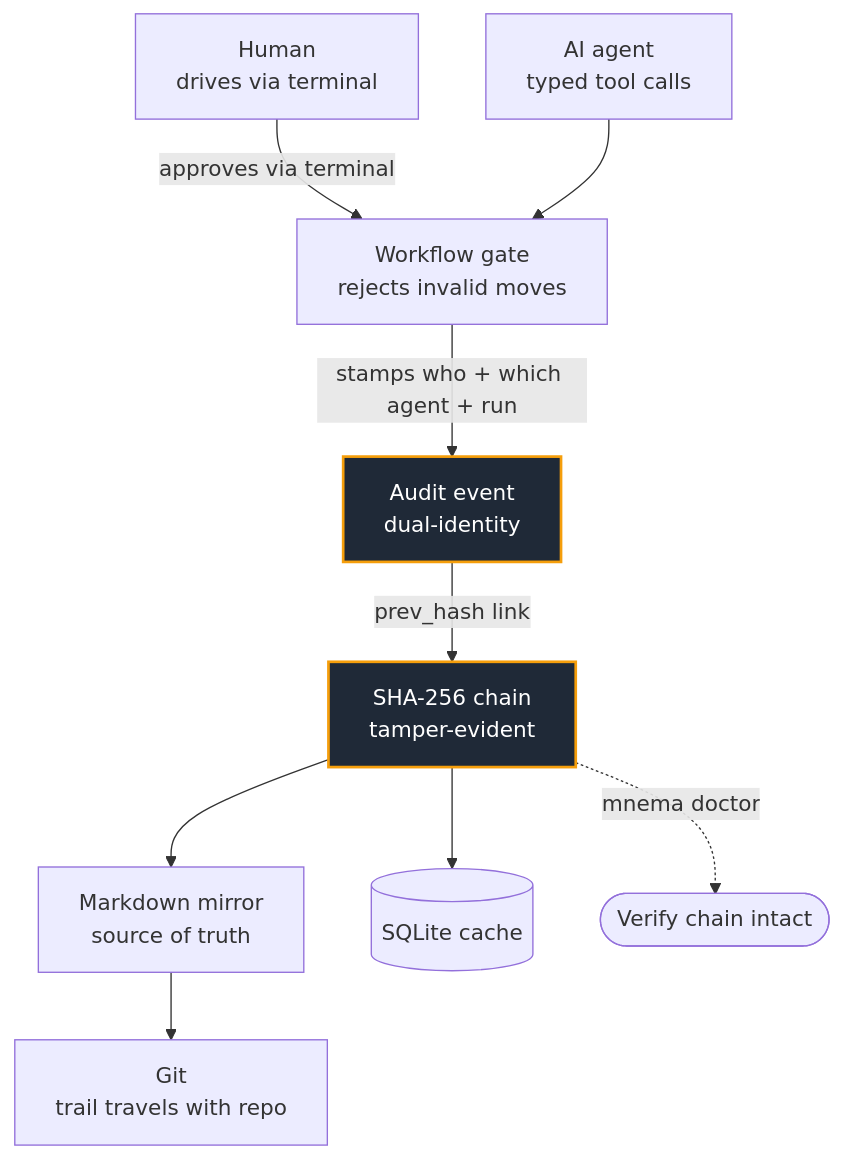
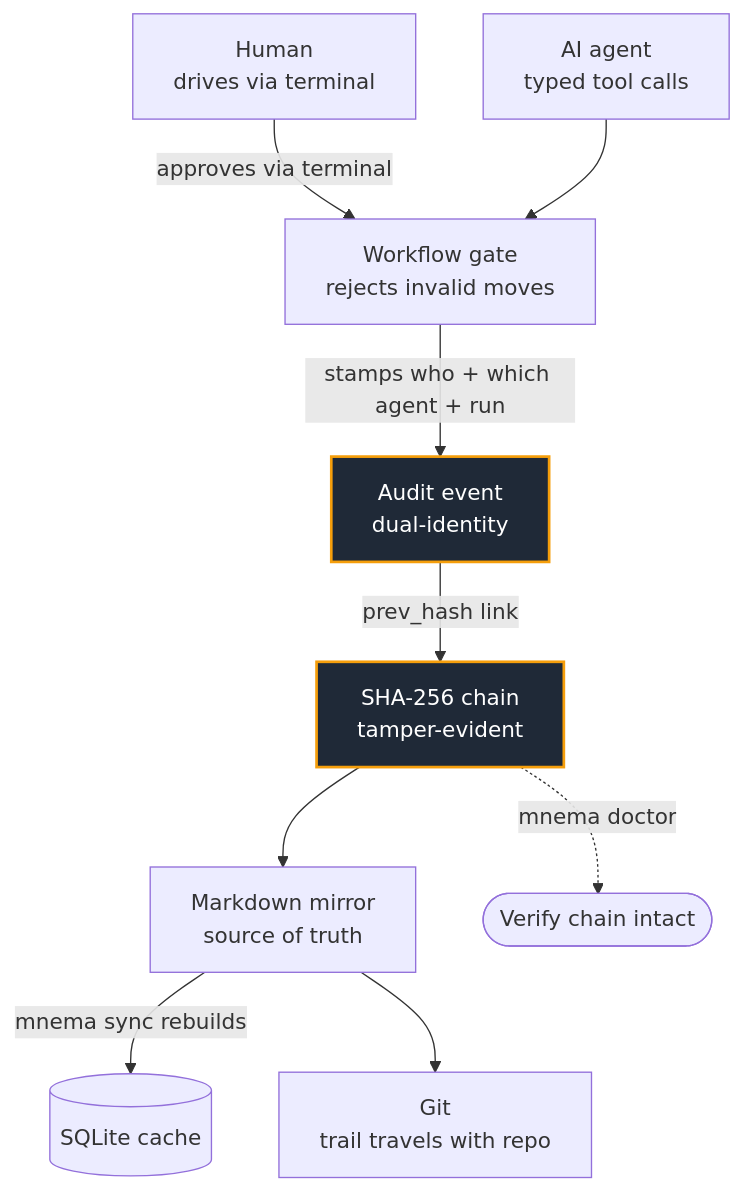
One commit to felipesauer/mnema changed the diagram in README.md. Above: the diagram before and after it, drawn with Mermaid. The commit also changed other lines of this file, not shown here.

First line of the commit message:
docs: fix overclaim + diagram provenance from the review

````diff
--- a/README.md
+++ b/README.md
@@ -359,13 +358,13 @@
 ```mermaid
 graph TD
     H["Human<br/>drives via terminal"] -->|"approves via terminal"| G
     A["AI agent<br/>typed tool calls"] --> G["Workflow gate<br/>rejects invalid moves"]
     G -->|"stamps who + which agent + run"| E["Audit event<br/>dual-identity"]
     E -->|"prev_hash link"| C["SHA-256 chain<br/>tamper-evident"]
     C --> M["Markdown mirror<br/>source of truth"]
-    C --> S[("SQLite cache")]
+    M -->|"mnema sync rebuilds"| S[("SQLite cache")]
     M --> R["Git<br/>trail travels with repo"]
     C -.->|"mnema doctor"| V(["Verify chain intact"])
     classDef climax fill:#1f2937,stroke:#f59e0b,stroke-width:2px,color:#fff;
     class E,C climax;
 ```
````
